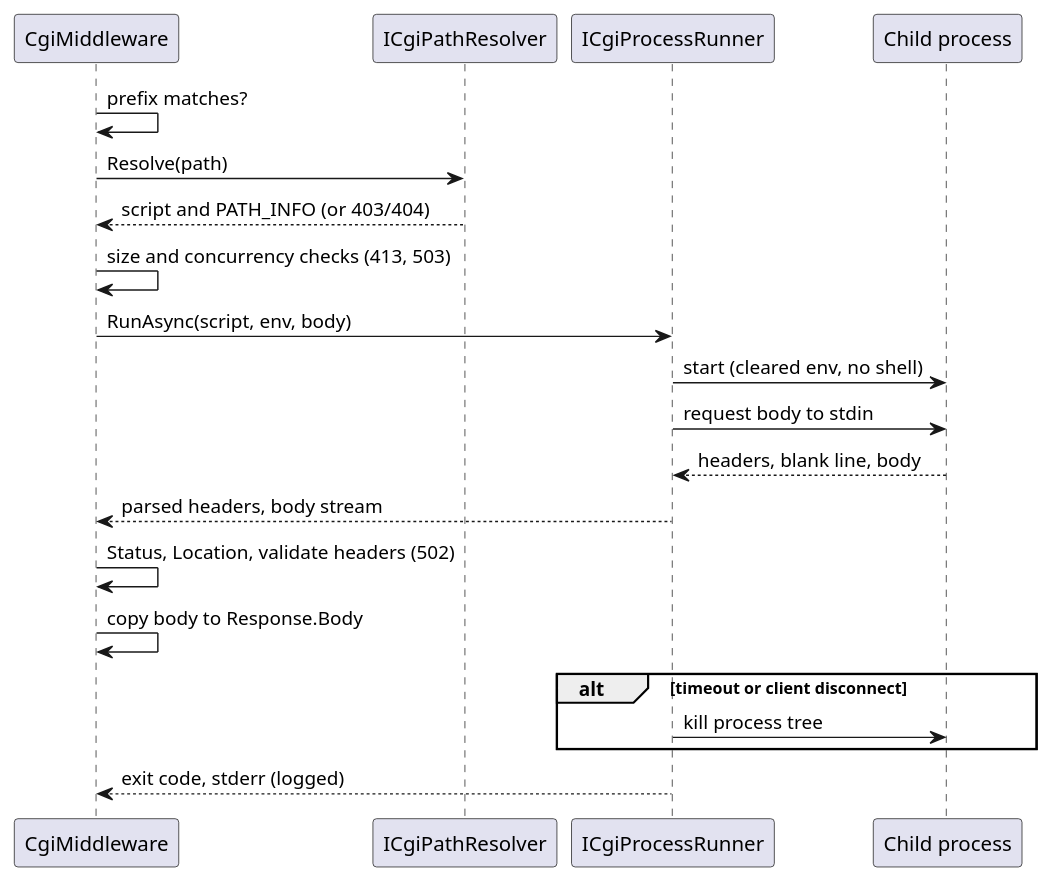
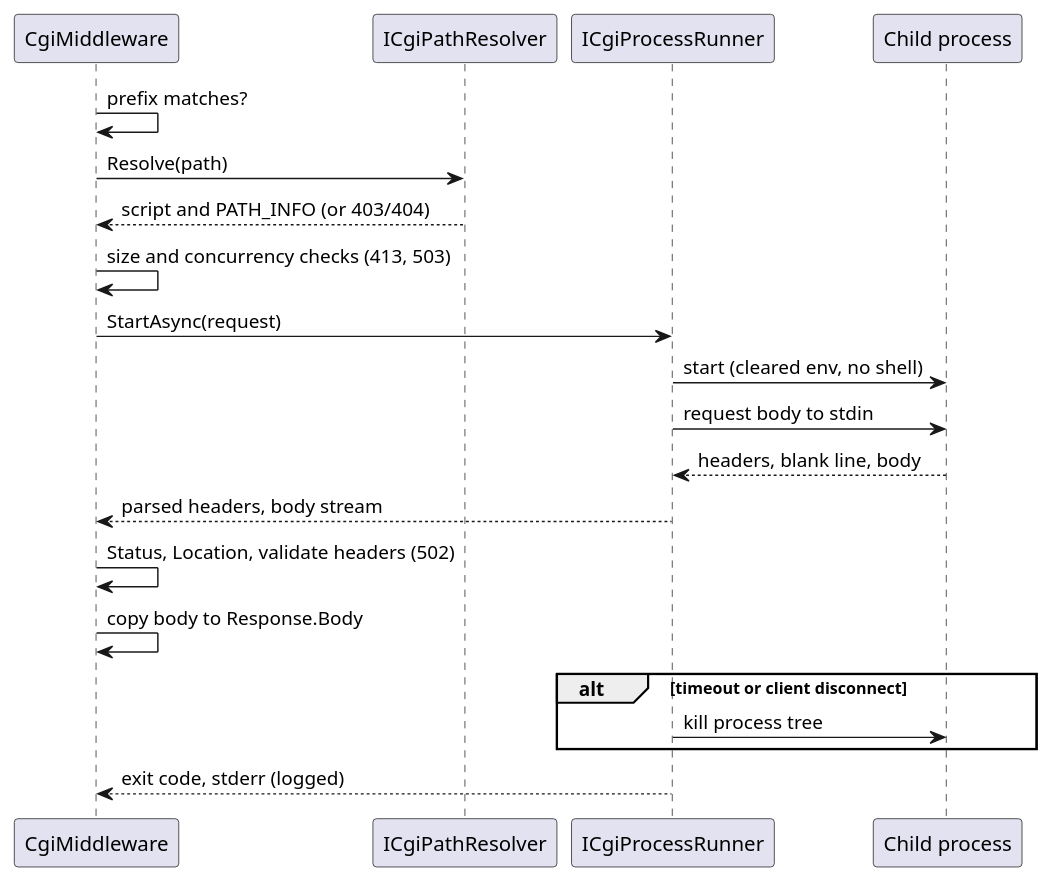
The second of 2 diagrams in docs/design/CgiMiddleware/architecture.md (OutOfBandDevelopment/dotex), drawn with PlantUML before and after one commit. The commit also changed other lines of this file and 6 other files, not shown here.

````diff
--- a/docs/design/CgiMiddleware/architecture.md
+++ b/docs/design/CgiMiddleware/architecture.md
@@ -58,24 +58,24 @@
 ```plantuml
 @startuml
 skinparam shadowing false
 participant "CgiMiddleware" as M
 participant "ICgiPathResolver" as R
 participant "ICgiProcessRunner" as X
 participant "Child process" as P
 M -> M : prefix matches?
 M -> R : Resolve(path)
 R --> M : script and PATH_INFO (or 403/404)
 M -> M : size and concurrency checks (413, 503)
-M -> X : RunAsync(script, env, body)
+M -> X : StartAsync(request)
 X -> P : start (cleared env, no shell)
 X -> P : request body to stdin
 P --> X : headers, blank line, body
 X --> M : parsed headers, body stream
 M -> M : Status, Location, validate headers (502)
 M -> M : copy body to Response.Body
 alt timeout or client disconnect
   X -> P : kill process tree
 end
 X --> M : exit code, stderr (logged)
 @enduml
 ```
````
